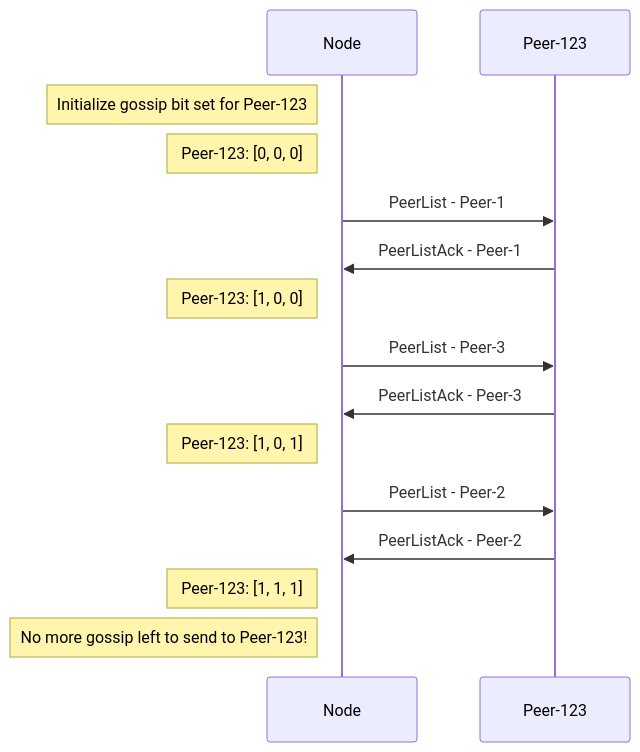
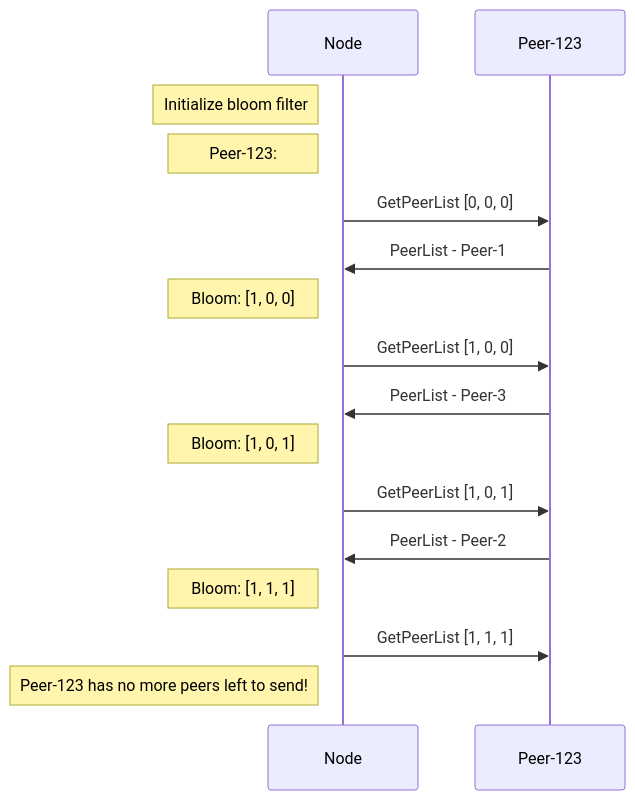
One commit to ava-labs/avalanchego changed the fifth of 5 diagrams in network/README.md. Above: the diagram before and after it, drawn with Mermaid. The commit also changed other lines of this file, not shown here.

````diff
--- a/network/README.md
+++ b/network/README.md
@@ -139,15 +125,16 @@
 ```mermaid
 sequenceDiagram
-Note left of Node: Initialize gossip bit set for Peer-123
-Note left of Node: Peer-123: [0, 0, 0]
-Node->>Peer-123: PeerList - Peer-1
-Peer-123->>Node: PeerListAck - Peer-1
-Note left of Node: Peer-123: [1, 0, 0]
-Node->>Peer-123: PeerList - Peer-3
-Peer-123->>Node: PeerListAck - Peer-3
-Note left of Node: Peer-123: [1, 0, 1]
-Node->>Peer-123: PeerList - Peer-2
-Peer-123->>Node: PeerListAck - Peer-2
-Note left of Node: Peer-123: [1, 1, 1]
-Note left of Node: No more gossip left to send to Peer-123!
+Note left of Node: Initialize bloom filter
+Note left of Node: Peer-123: 
+Node->>Peer-123: GetPeerList [0, 0, 0]
+Peer-123->>Node: PeerList - Peer-1
+Note left of Node: Bloom: [1, 0, 0]
+Node->>Peer-123: GetPeerList [1, 0, 0]
+Peer-123->>Node: PeerList - Peer-3
+Note left of Node: Bloom: [1, 0, 1]
+Node->>Peer-123: GetPeerList [1, 0, 1]
+Peer-123->>Node: PeerList - Peer-2
+Note left of Node: Bloom: [1, 1, 1]
+Node->>Peer-123: GetPeerList [1, 1, 1]
+Note left of Node: Peer-123 has no more peers left to send!
 ```
````
